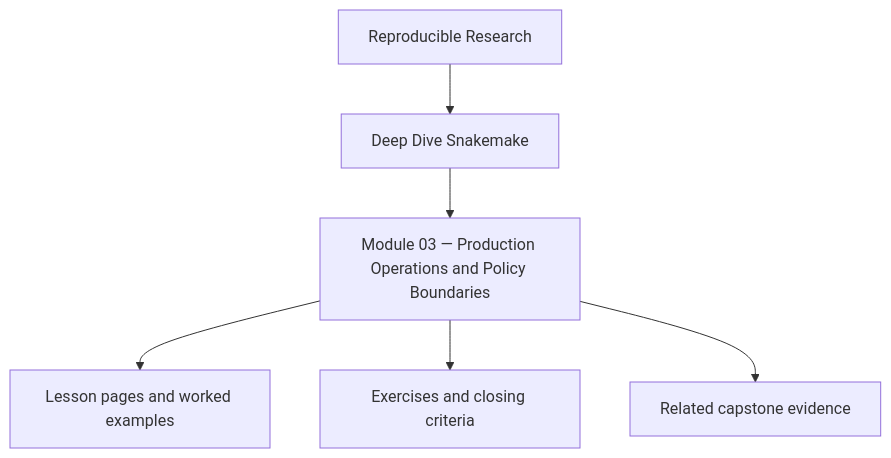
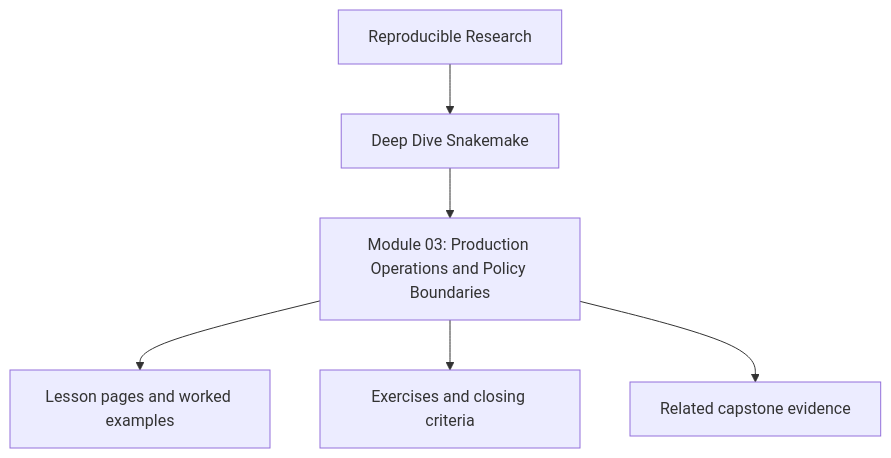
The first of 8 diagrams in programs/reproducible-research/deep-dive-snakemake/course-book/module-03-production-operations-and-policy-boundaries/index.md (bijux/bijux-masterclass), drawn with Mermaid before and after one commit. The commit also changed other lines of this file and 241 other files, not shown here.

````diff
--- a/programs/reproducible-research/deep-dive-snakemake/course-book/module-03-production-operations-and-policy-boundaries/index.md
+++ b/programs/reproducible-research/deep-dive-snakemake/course-book/module-03-production-operations-and-policy-boundaries/index.md
@@ -9,8 +9,8 @@
 ```mermaid
 flowchart TD
   family["Reproducible Research"] --> program["Deep Dive Snakemake"]
-  program --> module["Module 03 — Production Operations and Policy Boundaries"]
+  program --> module["Module 03: Production Operations and Policy Boundaries"]
   module --> lessons["Lesson pages and worked examples"]
   module --> checkpoints["Exercises and closing criteria"]
   module --> capstone["Related capstone evidence"]
 ```
````
